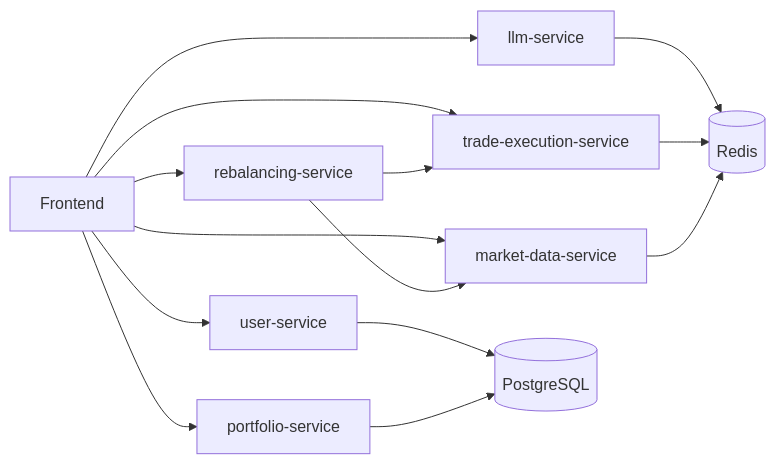
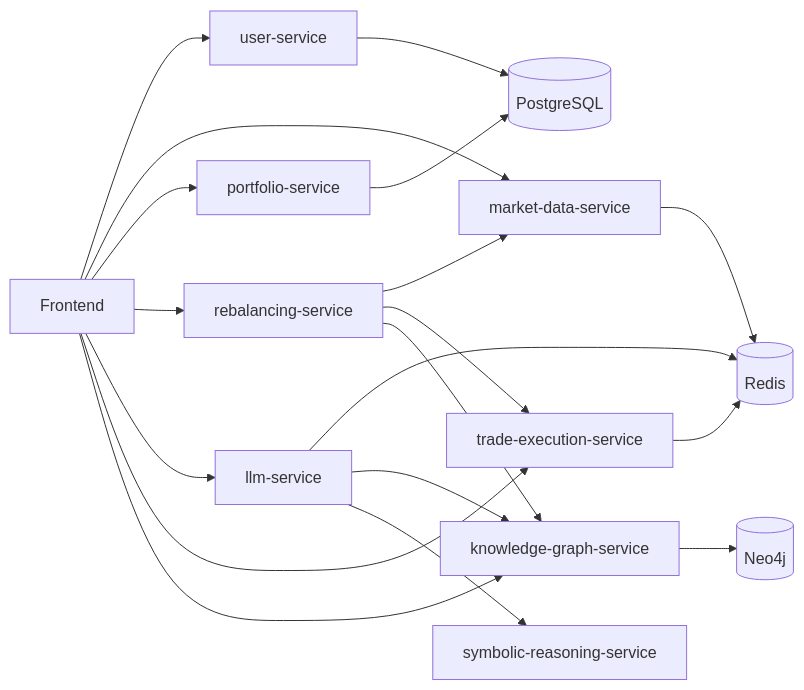
The diagram in README.md (beekmarks/robo-advisor-platform), drawn with Mermaid before and after one commit. The commit also changed other lines of this file and 13 other files, not shown here.

````diff
--- a/README.md
+++ b/README.md
@@ -53,28 +59,36 @@
 ```mermaid
 flowchart LR
     FE[Frontend]
     US[user-service]
     MD[market-data-service]
     PF[portfolio-service]
     RB[rebalancing-service]
     LLM[llm-service]
     TX[trade-execution-service]
+    KG[knowledge-graph-service]
+    SYM[symbolic-reasoning-service]
     PG[(PostgreSQL)]
     RD[(Redis)]
+    NEO[(Neo4j)]
 
     FE --> US
     FE --> MD
     FE --> PF
     FE --> RB
     FE --> LLM
     FE --> TX
+    FE --> KG
 
     RB --> MD
     RB --> TX
+    RB --> KG
 
     US --> PG
     PF --> PG
     LLM --> RD
+    LLM --> KG
+    LLM --> SYM
     TX --> RD
     MD --> RD
+    KG --> NEO
 ```
````
